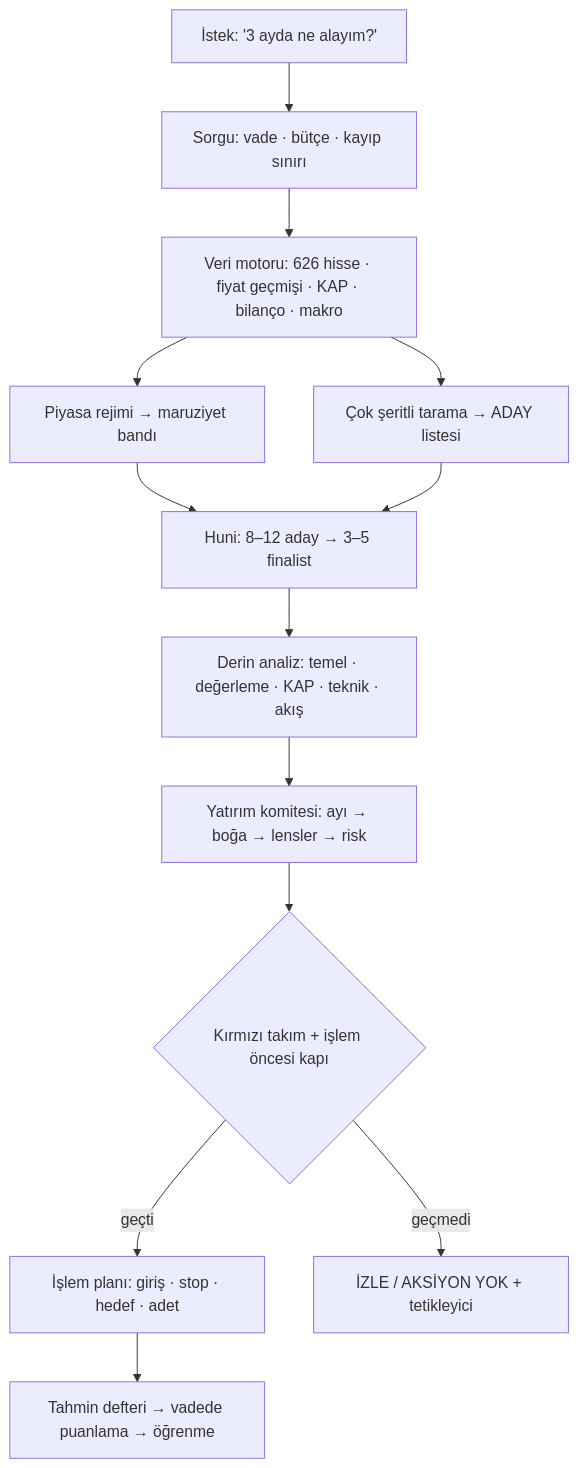
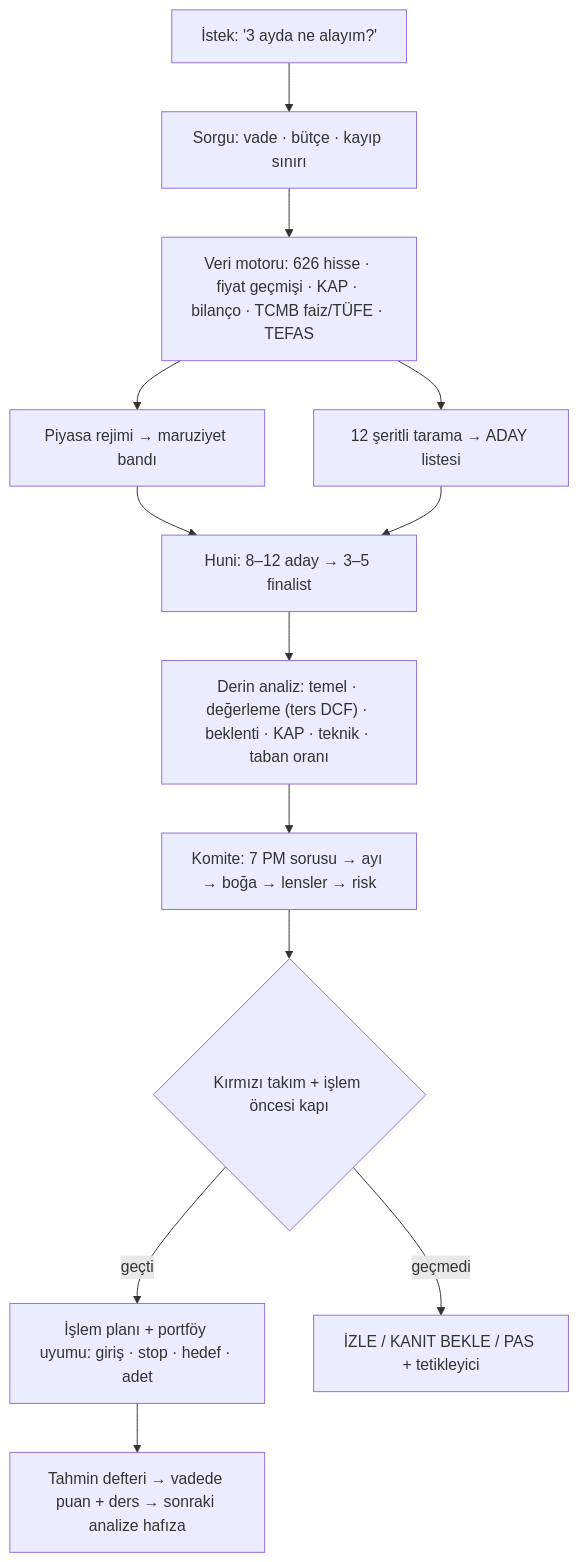
Before and after one commit to yigityildiz0/yigit-investment-copilot: the first of 2 diagrams in README.md, drawn with Mermaid. The commit also changed other lines of this file and 82 other files, not shown here.

````diff
--- a/README.md
+++ b/README.md
@@ -58,15 +71,15 @@
 ```mermaid
 flowchart TD
     A["İstek: '3 ayda ne alayım?'"] --> B["Sorgu: vade · bütçe · kayıp sınırı"]
-    B --> C["Veri motoru: 626 hisse · fiyat geçmişi · KAP · bilanço · makro"]
+    B --> C["Veri motoru: 626 hisse · fiyat geçmişi · KAP · bilanço · TCMB faiz/TÜFE · TEFAS"]
     C --> D["Piyasa rejimi → maruziyet bandı"]
-    C --> E["Çok şeritli tarama → ADAY listesi"]
+    C --> E["12 şeritli tarama → ADAY listesi"]
     D --> F["Huni: 8–12 aday → 3–5 finalist"]
     E --> F
-    F --> G["Derin analiz: temel · değerleme · KAP · teknik · akış"]
-    G --> H["Yatırım komitesi: ayı → boğa → lensler → risk"]
+    F --> G["Derin analiz: temel · değerleme (ters DCF) · beklenti · KAP · teknik · taban oranı"]
+    G --> H["Komite: 7 PM sorusu → ayı → boğa → lensler → risk"]
     H --> I{"Kırmızı takım + işlem öncesi kapı"}
-    I -->|geçti| J["İşlem planı: giriş · stop · hedef · adet"]
-    I -->|geçmedi| K["İZLE / AKSİYON YOK + tetikleyici"]
-    J --> L["Tahmin defteri → vadede puanlama → öğrenme"]
+    I -->|geçti| J["İşlem planı + portföy uyumu: giriş · stop · hedef · adet"]
+    I -->|geçmedi| K["İZLE / KANIT BEKLE / PAS + tetikleyici"]
+    J --> L["Tahmin defteri → vadede puan + ders → sonraki analize hafıza"]
 ```
````
